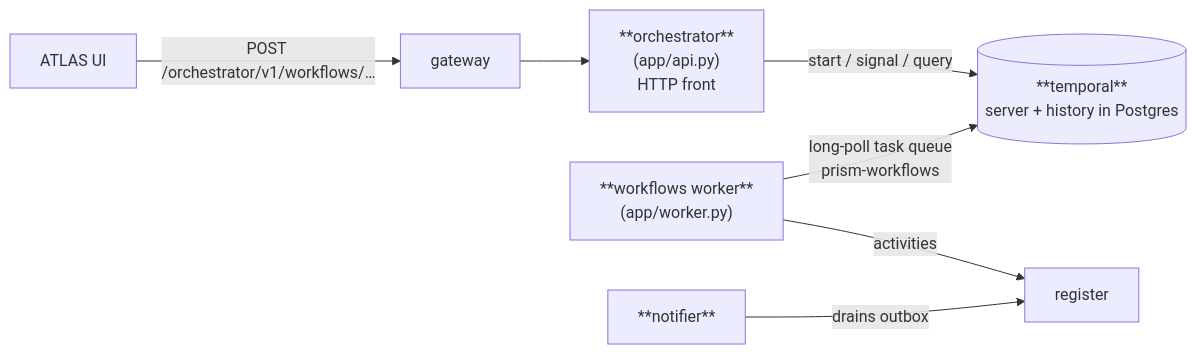
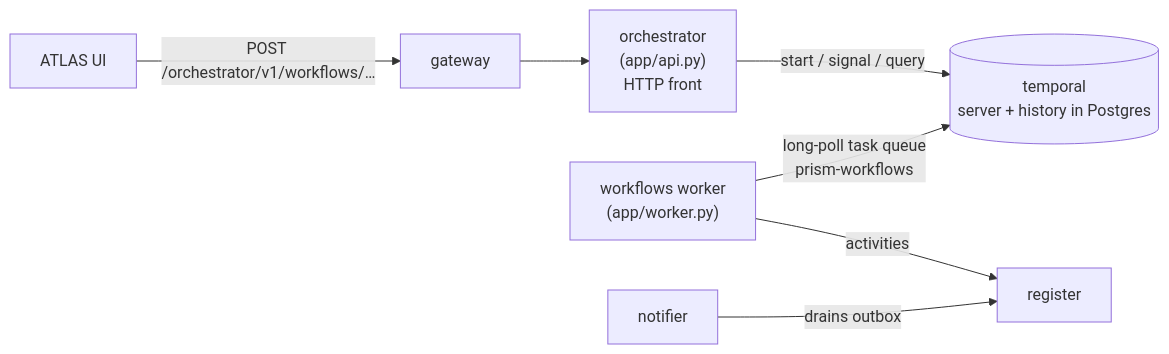
The first of 3 diagrams in docs/handbook/05-TEMPORAL-WORKFLOWS.md (shashikanth-vh/vox), drawn with Mermaid before and after one commit. The commit also changed other lines of this file and 11 other files, not shown here.

````diff
--- a/docs/handbook/05-TEMPORAL-WORKFLOWS.md
+++ b/docs/handbook/05-TEMPORAL-WORKFLOWS.md
@@ -28,9 +28,9 @@
 ```mermaid
 flowchart LR
     UI["ATLAS UI"] -->|"POST /orchestrator/v1/workflows/…"| GW["gateway"]
-    GW --> ORC["**orchestrator**<br/>(app/api.py)<br/>HTTP front"]
-    ORC -->|"start / signal / query"| TMP[("**temporal**<br/>server + history in Postgres")]
-    WRK["**workflows worker**<br/>(app/worker.py)"] -->|"long-poll task queue<br/>prism-workflows"| TMP
+    GW --> ORC["orchestrator<br/>(app/api.py)<br/>HTTP front"]
+    ORC -->|"start / signal / query"| TMP[("temporal<br/>server + history in Postgres")]
+    WRK["workflows worker<br/>(app/worker.py)"] -->|"long-poll task queue<br/>prism-workflows"| TMP
     WRK -->|"activities"| REG["register"]
-    NOT["**notifier**"] -->|"drains outbox"| REG
+    NOT["notifier"] -->|"drains outbox"| REG
 ```
````
